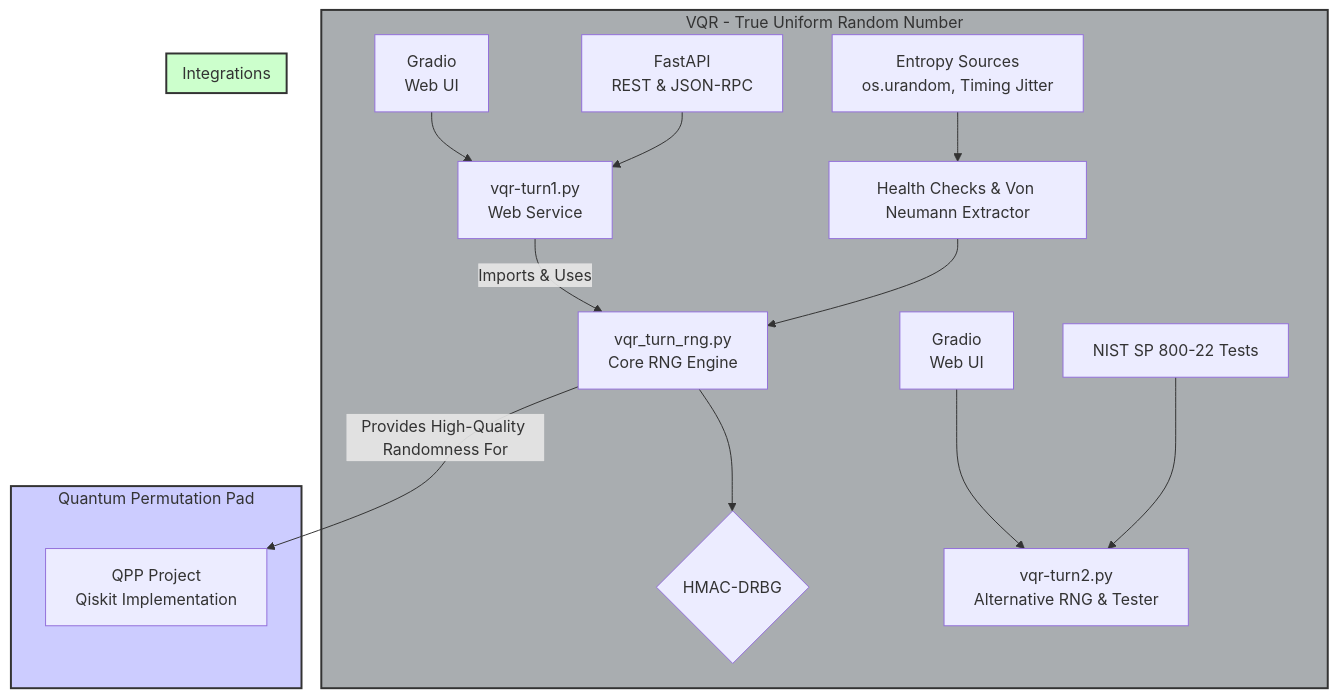
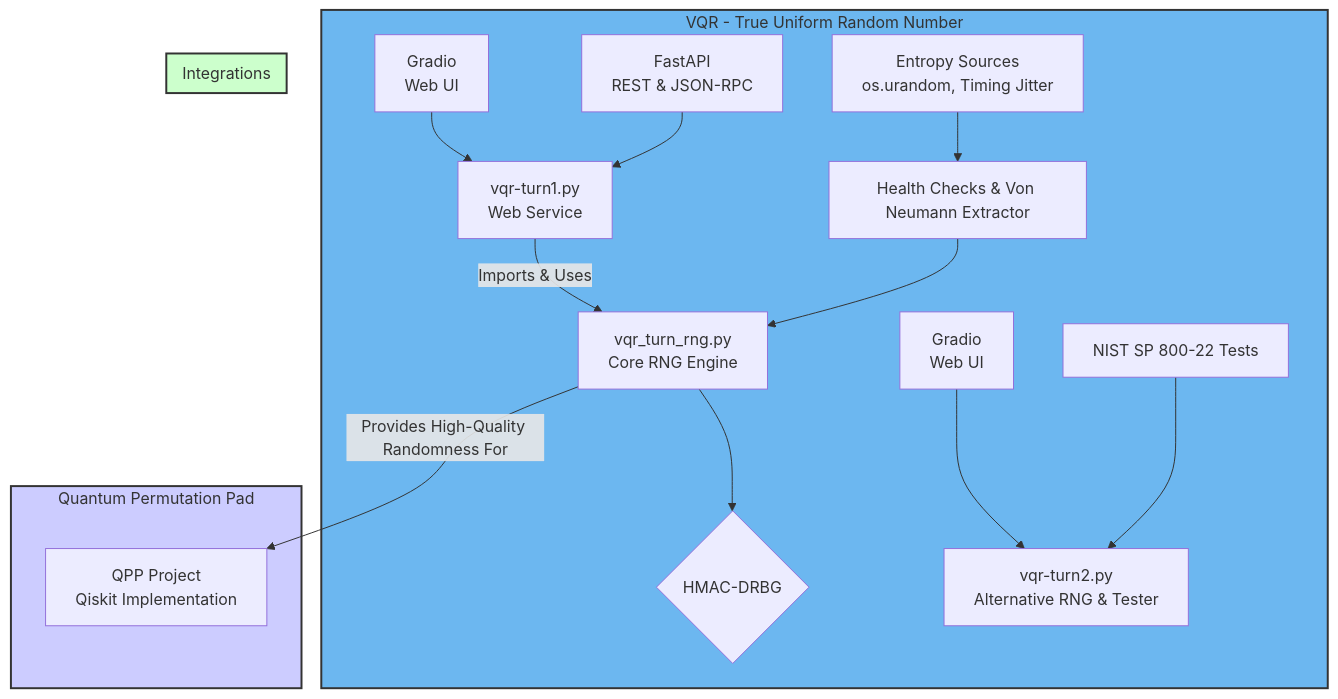
One commit to SAMeh-ZAGhloul/Virtual-Quantum-Reality-VQR_True-Uniform-Random-Number-TURN changed the diagram in README.md. Above: the diagram before and after it, drawn with Mermaid.

````diff
--- a/README.md
+++ b/README.md
@@ -34,28 +34,28 @@
 ```mermaid
 graph TD
     subgraph VQR_TURN [VQR - True Uniform Random Number]
         A[vqr_turn_rng.py <br> Core RNG Engine] --> B{HMAC-DRBG};
         C[Entropy Sources <br> os.urandom, Timing Jitter] --> D[Health Checks & Von Neumann Extractor];
         D --> A;
 
         E[vqr-turn1.py <br> Web Service] -- "Imports & Uses" --> A;
         F[FastAPI <br> REST & JSON-RPC] --> E;
         G[Gradio <br> Web UI] --> E;
 
         H[vqr-turn2.py <br> Alternative RNG & Tester];
         I[NIST SP 800-22 Tests] --> H;
         J[Gradio <br> Web UI] --> H;
     end
 
     subgraph QPP [Quantum Permutation Pad]
         K[QPP Project <br> Qiskit Implementation];
     end
 
     subgraph Integrations
         A -- "Provides High-Quality Randomness For" --> K;
     end
 
-    style VQR_TURN fill:#a9adb0,stroke:#333,stroke-width:2px
+    style VQR_TURN fill:#6cb7f0,stroke:#333,stroke-width:2px
     style QPP fill:#ccf,stroke:#333,stroke-width:2px
     style Integrations fill:#cfc,stroke:#333,stroke-width:2px
 ```
````
